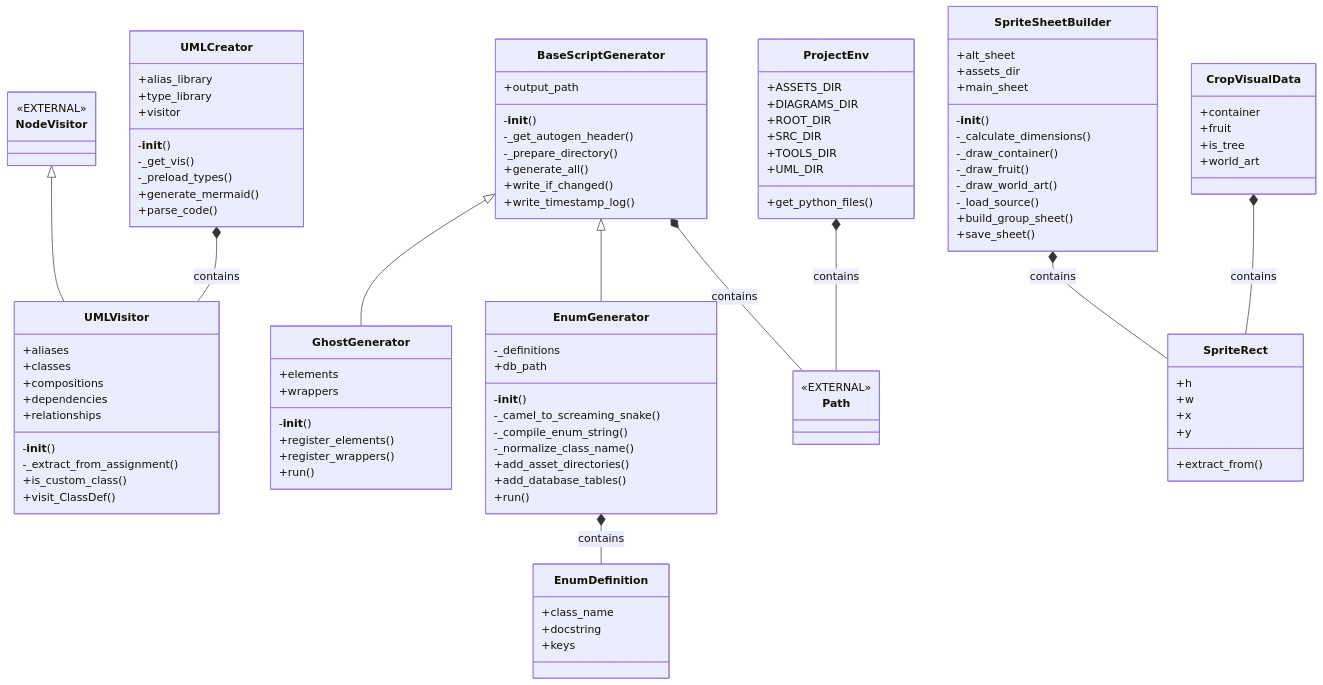
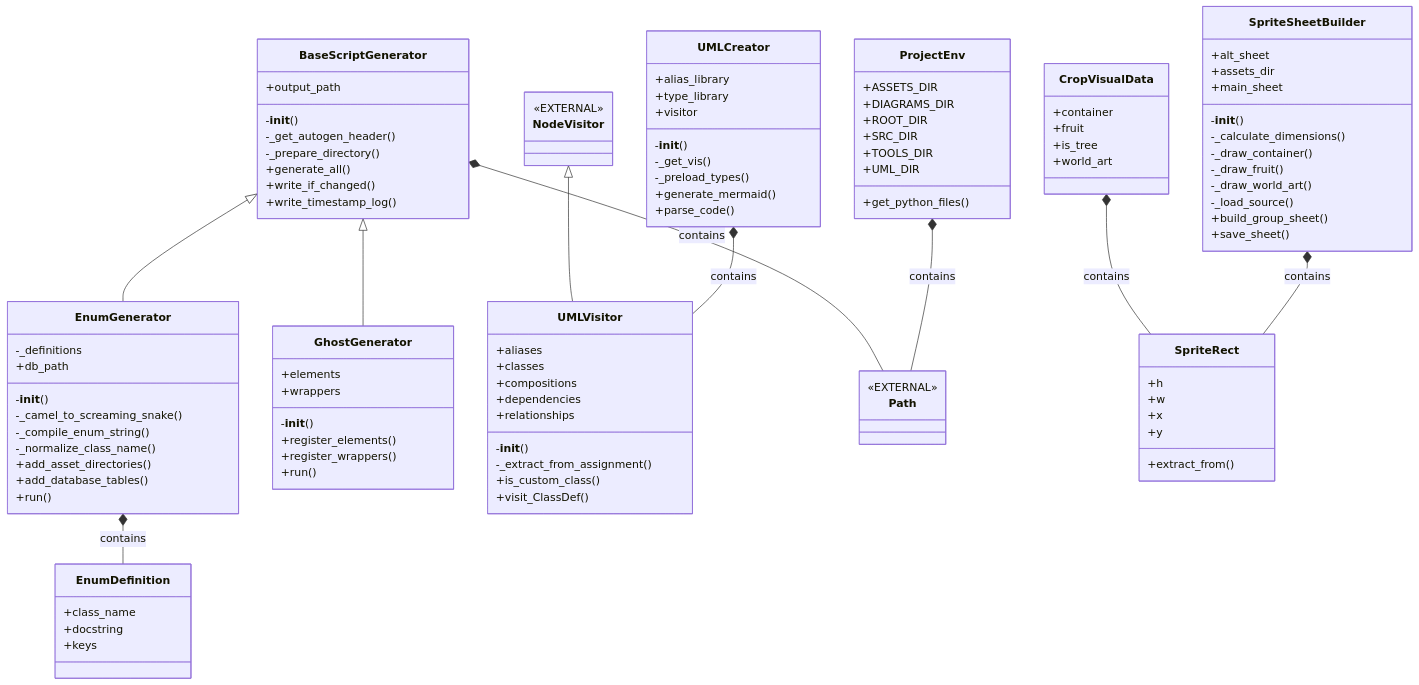
One commit to FlamboyantKiwi/Python-Plant-Sim changed the diagram in uml/tools_uml.md. Above: the diagram before and after it, drawn with Mermaid. The commit also changed other lines of this file and 16 other files, not shown here.

First line of the commit message:
Add wiki UML generator and refresh UML docs

````diff
--- a/uml/tools_uml.md
+++ b/uml/tools_uml.md
@@ -1,64 +1,19 @@
 ```mermaid
 classDiagram
+    BaseScriptGenerator <|-- EnumGenerator
+    BaseScriptGenerator <|-- GhostGenerator
     NodeVisitor <|-- UMLVisitor
-    BaseScriptGenerator <|-- GhostGenerator
-    BaseScriptGenerator <|-- EnumGenerator
     EnumGenerator *-- EnumDefinition : contains
+    UMLCreator *-- UMLVisitor : contains
     BaseScriptGenerator *-- Path : contains
+    CropVisualData *-- SpriteRect : contains
     ProjectEnv *-- Path : contains
     SpriteSheetBuilder *-- SpriteRect : contains
-    CropVisualData *-- SpriteRect : contains
-    UMLCreator *-- UMLVisitor : contains
     class NodeVisitor {
         <<EXTERNAL>>
     }
     class Path {
         <<EXTERNAL>>
-    }
-    class UMLVisitor {
-        +aliases
-        +classes
-        +compositions
-        +dependencies
-        +relationships
-        -__init__()
-        -_extract_from_assignment()
-        +is_custom_class()
-        +visit_ClassDef()
-    }
-    class UMLCreator {
-        +alias_library
-        +type_library
-        +visitor
-        -__init__()
-        -_get_vis()
-        -_preload_types()
-        +generate_mermaid()
-        +parse_code()
-    }
-    class GhostGenerator {
-        +elements
-        +wrappers
-        -__init__()
-        +register_elements()
-        +register_wrappers()
-        +run()
-    }
-    class EnumDefinition {
-        +class_name
-        +docstring
-        +keys
-    }
-    class EnumGenerator {
-        -_definitions
-        +db_path
-        -__init__()
-        -_camel_to_screaming_snake()
-        -_compile_enum_string()
-        -_normalize_class_name()
-        +add_asset_directories()
-        +add_database_tables()
-        +run()
     }
     class BaseScriptGenerator {
         +output_path
@@ -68,15 +23,6 @@
         +generate_all()
         +write_if_changed()
         +write_timestamp_log()
-    }
-    class ProjectEnv {
-        +ASSETS_DIR
-        +DIAGRAMS_DIR
-        +ROOT_DIR
-        +SRC_DIR
-        +TOOLS_DIR
-        +UML_DIR
-        +get_python_files()
     }
     class SpriteRect {
         +h
@@ -104,4 +50,58 @@
         +build_group_sheet()
         +save_sheet()
     }
+    class EnumDefinition {
+        +class_name
+        +docstring
+        +keys
+    }
+    class EnumGenerator {
+        -_definitions
+        +db_path
+        -__init__()
+        -_camel_to_screaming_snake()
+        -_compile_enum_string()
+        -_normalize_class_name()
+        +add_asset_directories()
+        +add_database_tables()
+        +run()
+    }
+    class GhostGenerator {
+        +elements
+        +wrappers
+        -__init__()
+        +register_elements()
+        +register_wrappers()
+        +run()
+    }
+    class UMLVisitor {
+        +aliases
+        +classes
+        +compositions
+        +dependencies
+        +relationships
+        -__init__()
+        -_extract_from_assignment()
+        +is_custom_class()
+        +visit_ClassDef()
+    }
+    class UMLCreator {
+        +alias_library
+        +type_library
+        +visitor
+        -__init__()
+        -_get_vis()
+        -_preload_types()
+        +generate_mermaid()
+        +parse_code()
+    }
+    class ProjectEnv {
+        +ASSETS_DIR
+        +DIAGRAMS_DIR
+        +ROOT_DIR
+        +SRC_DIR
+        +TOOLS_DIR
+        +UML_DIR
+        +get_python_files()
+    }
 ```
````
